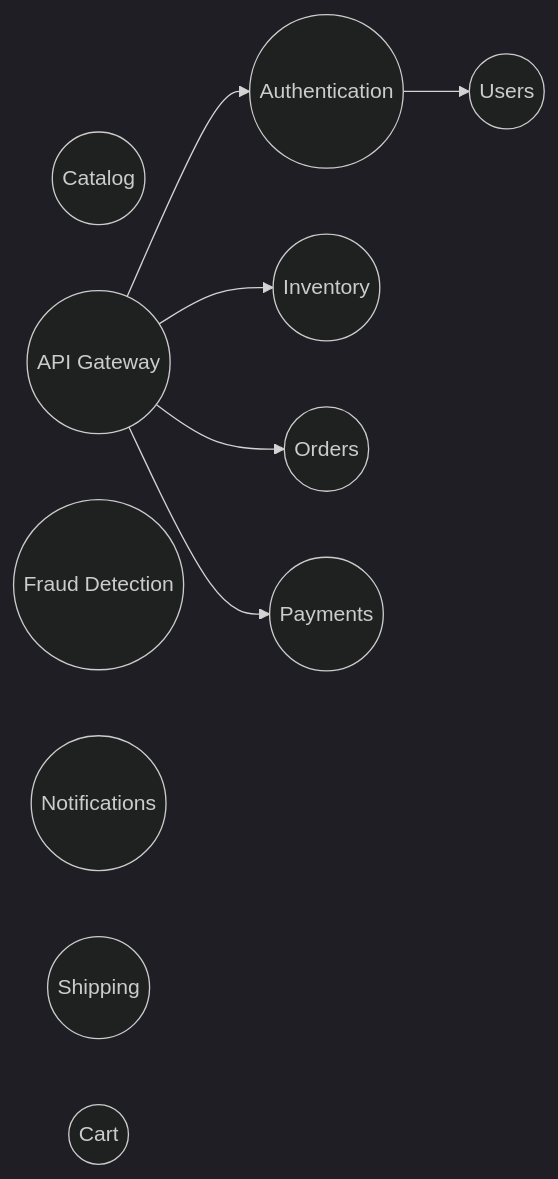
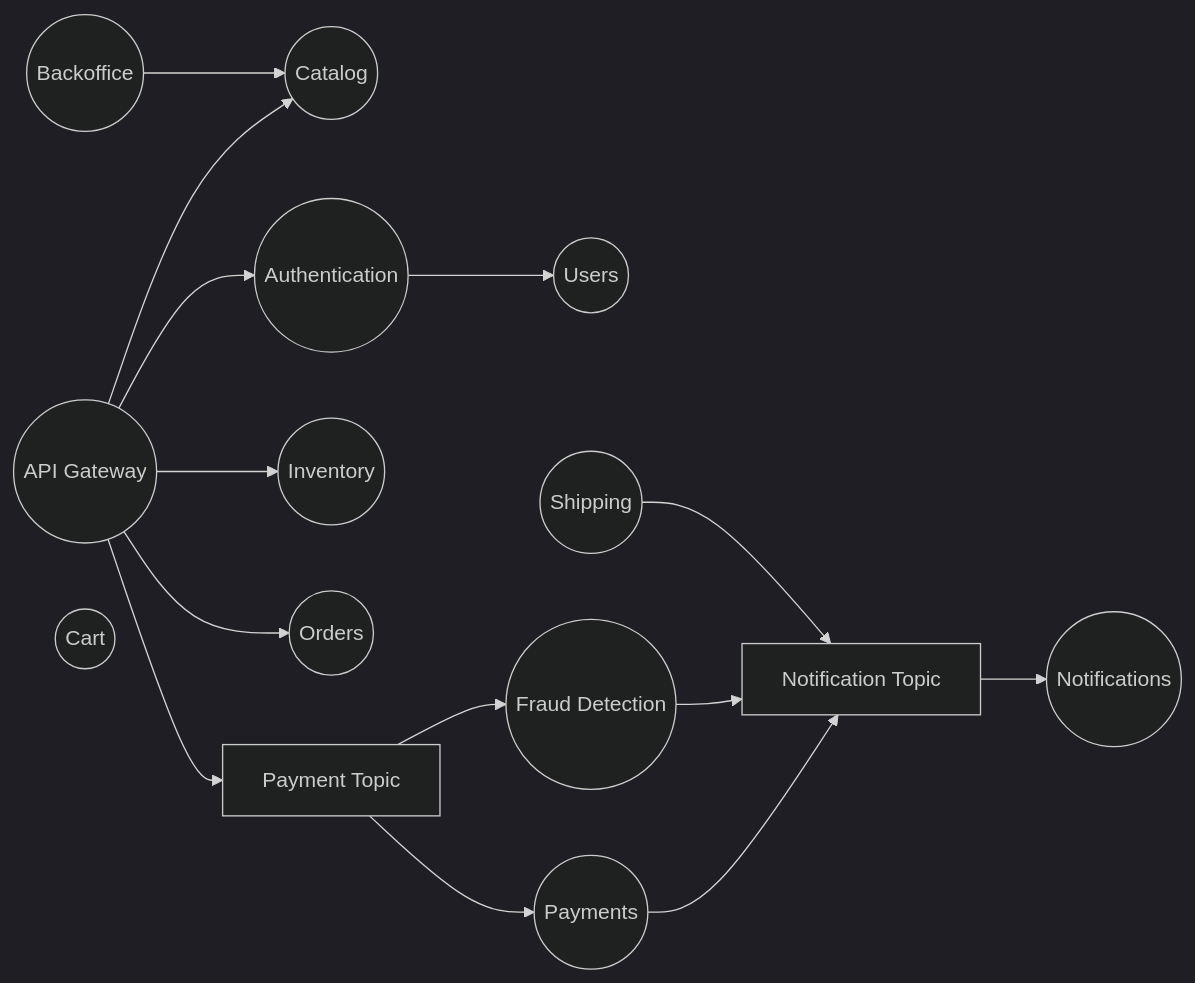
Before and after one commit to Over-engineered-Ecommerce/Architecture: the second of 2 diagrams in README.md, drawn with Mermaid (dark theme).

````diff
--- a/README.md
+++ b/README.md
@@ -14,17 +14,24 @@
 ```mermaid
 graph LR;
 
     Catalog((Catalog))
     
     
     Gateway((API Gateway)) --> Auth((Authentication))
     Auth((Authentication)) --> Users((Users))
     Gateway((API Gateway)) --> Inventory((Inventory))
+    Gateway((API Gateway)) --> Catalog((Catalog))
+    Backoffice((Backoffice)) --> Catalog((Catalog))
     Gateway((API Gateway)) --> Orders((Orders))
-    Gateway((API Gateway)) --> Payments((Payments))
-    Fraud((Fraud Detection))
-    Notifications((Notifications))
-    Shipping((Shipping))
+    Gateway((API Gateway)) --> paymentTopic[Payment Topic]
+    paymentTopic --> Payments((Payments))
+    paymentTopic --> Fraud((Fraud Detection))
+    
+    Payments((Payments)) --> notificationTopic[Notification Topic]
+    Fraud --> notificationTopic[Notification Topic]
+    notificationTopic --> Notifications((Notifications))
+    Shipping((Shipping)) --> notificationTopic
+    
     Cart((Cart))
 
 ```
````
